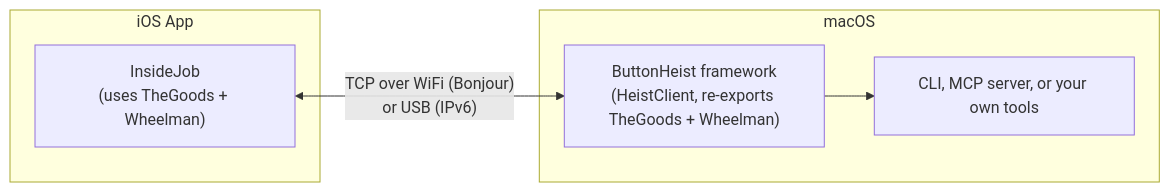
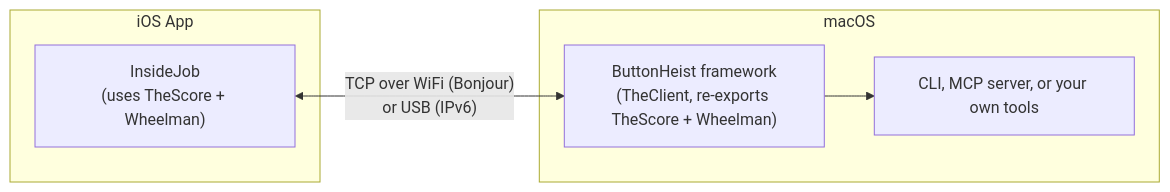
One commit to RoyalPineapple/TheButtonHeist changed the diagram in ButtonHeist/README.md. Above: the diagram before and after it, drawn with Mermaid. The commit also changed other lines of this file and 61 other files, not shown here.

First line of the commit message:
Rename TheGoods → TheScore, HeistClient → TheClient, InsideJobLoader → ThePlant

````diff
--- a/ButtonHeist/README.md
+++ b/ButtonHeist/README.md
@@ -16,13 +16,13 @@
 ```mermaid
 graph LR
     subgraph ios["iOS App"]
-        IJ["InsideJob<br>(uses TheGoods + Wheelman)"]
+        IJ["InsideJob<br>(uses TheScore + Wheelman)"]
     end
 
     IJ <-->|"TCP over WiFi (Bonjour)<br>or USB (IPv6)"| BH
 
     subgraph macos["macOS"]
-        BH["ButtonHeist framework<br>(HeistClient, re-exports TheGoods + Wheelman)"]
+        BH["ButtonHeist framework<br>(TheClient, re-exports TheScore + Wheelman)"]
         BH --> Consumers["CLI, MCP server, or your own tools"]
     end
 ```
````
